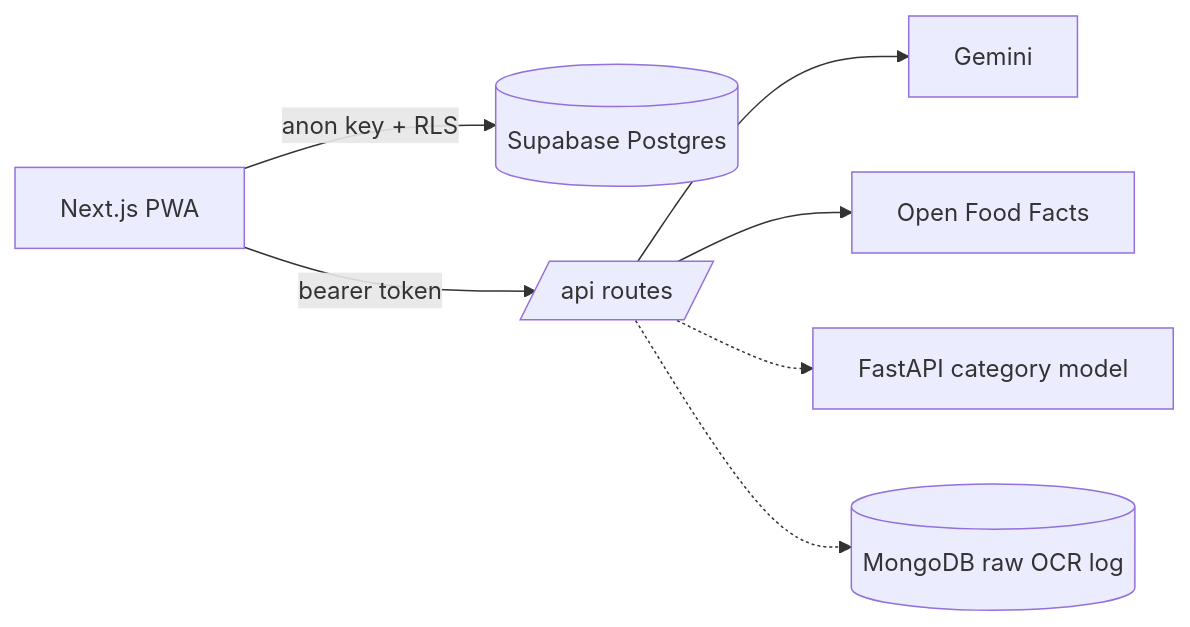
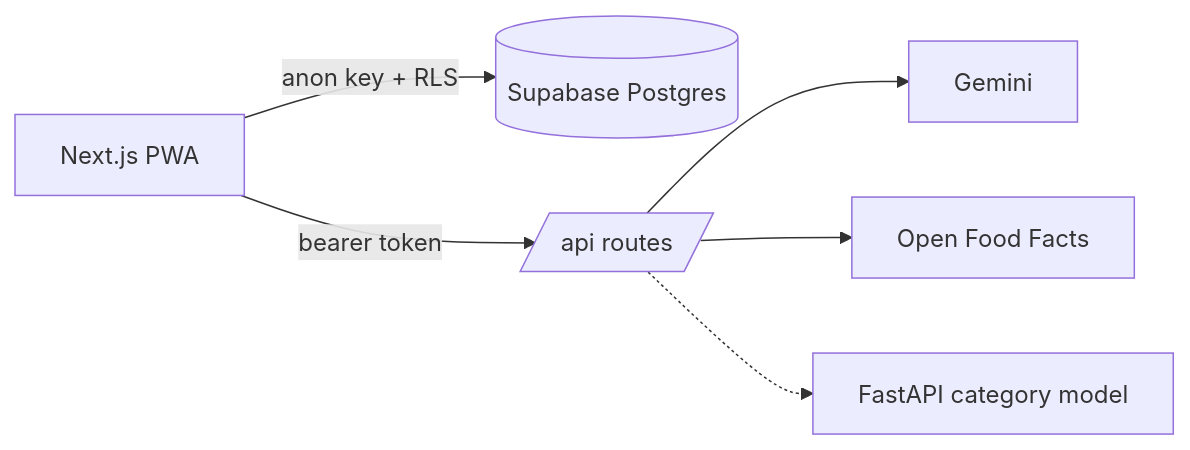
Before and after one commit to npshetty25/NutriTrusto: the diagram in README.md, drawn with Mermaid. The commit also changed other lines of this file and 3 other files, not shown here.

````diff
--- a/README.md
+++ b/README.md
@@ -34,9 +34,8 @@
 ```mermaid
 flowchart LR
   UI[Next.js PWA] -->|anon key + RLS| PG[(Supabase Postgres)]
   UI -->|bearer token| API[/api routes/]
   API --> GEM[Gemini]
   API --> OFF[Open Food Facts]
   API -.-> ML[FastAPI category model]
-  API -.-> MONGO[(MongoDB raw OCR log)]
 ```
````
